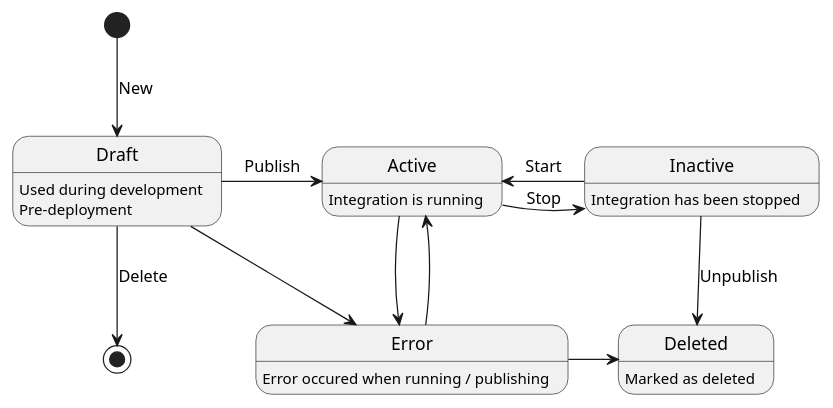
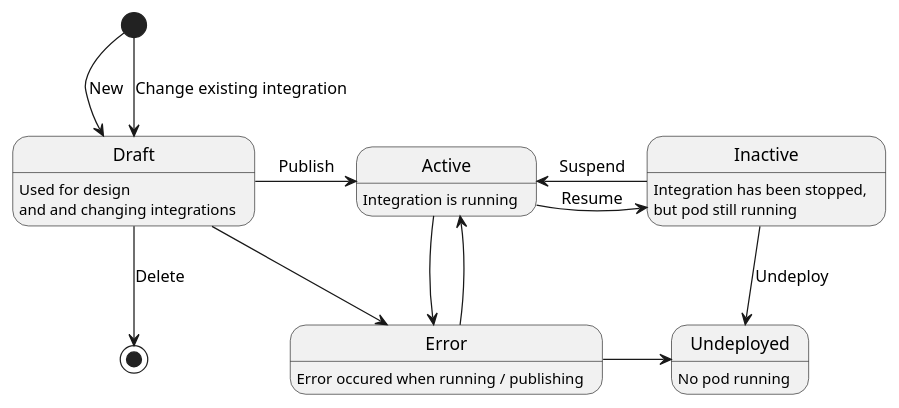
Before and after one commit to syndesisio/syndesis: the diagram in proposals/uml/integeration-state.plantuml, drawn with PlantUML. The commit also changed 2 other files, not shown here.

```diff
--- a/proposals/uml/integeration-state.plantuml
+++ b/proposals/uml/integeration-state.plantuml
@@ -1,22 +1,22 @@
 @startuml
 
 [*] --> Draft : New
+[*] --> Draft : Change existing integration
 Draft --> [*] : Delete
 Draft -right-> Active : Publish
-Draft: Used during development
-Draft: Pre-deployment
+Draft: Used for design\nand and changing integrations
 
-Active -right-> Inactive : Stop
+Active -right-> Inactive : Resume
 Active: Integration is running
-Inactive -left-> Active : Start
-Inactive: Integration has been stopped
-Inactive --> Deleted : Unpublish
+Inactive -left-> Active : Suspend
+Inactive: Integration has been stopped,\nbut pod still running
+Inactive --> Undeployed : Undeploy
 
 Active --> Error
 Error --> Active
 Error: Error occured when running / publishing
-Error -right-> Deleted
+Error -right-> Undeployed
 Draft --> Error
 
-Deleted: Marked as deleted
+Undeployed: No pod running
 @enduml
```
